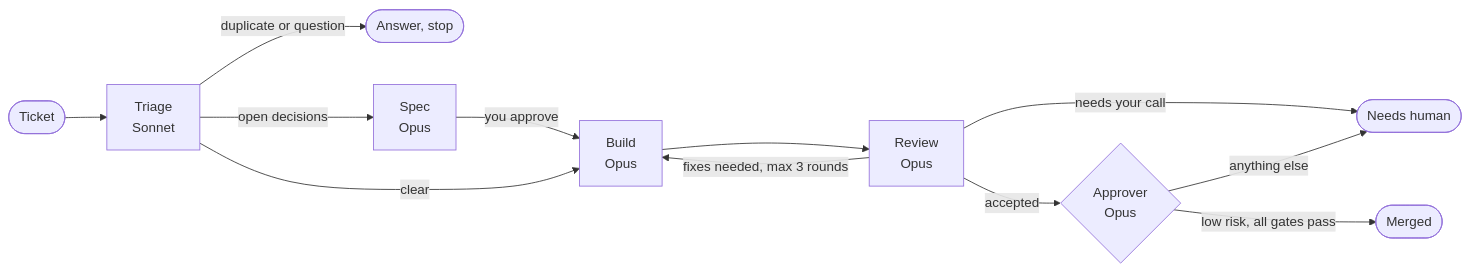
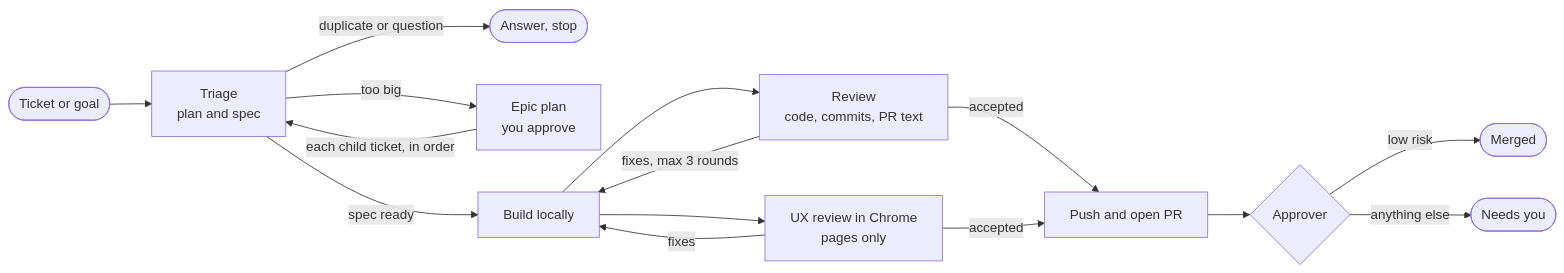
Before and after one commit to owainlewis/software-factory: the diagram in README.md, drawn with Mermaid. The commit also changed other lines of this file and 16 other files, not shown here.

First line of the commit message:
Plan every ticket, review before push, and add a UX reviewer

````diff
--- a/README.md
+++ b/README.md
@@ -13,14 +14,17 @@
 ```mermaid
 flowchart LR
-    T([Ticket]) --> TR[Triage<br/>Sonnet]
+    T([Ticket or goal]) --> TR[Triage<br/>plan and spec]
     TR -->|duplicate or question| A([Answer, stop])
-    TR -->|open decisions| SP[Spec<br/>Opus]
-    SP -->|you approve| B
-    TR -->|clear| B[Build<br/>Opus]
-    B --> R[Review<br/>Opus]
-    R -->|fixes needed, max 3 rounds| B
-    R -->|needs your call| H([Needs human])
-    R -->|accepted| AP{Approver<br/>Opus}
-    AP -->|low risk, all gates pass| M([Merged])
-    AP -->|anything else| H
+    TR -->|too big| E[Epic plan<br/>you approve]
+    E -->|each child ticket, in order| TR
+    TR -->|spec ready| B[Build locally]
+    B --> R[Review<br/>code, commits, PR text]
+    B --> U[UX review in Chrome<br/>pages only]
+    R -->|fixes, max 3 rounds| B
+    U -->|fixes| B
+    R -->|accepted| P[Push and open PR]
+    U -->|accepted| P
+    P --> AP{Approver}
+    AP -->|low risk| M([Merged])
+    AP -->|anything else| H([Needs you])
 ```
````
